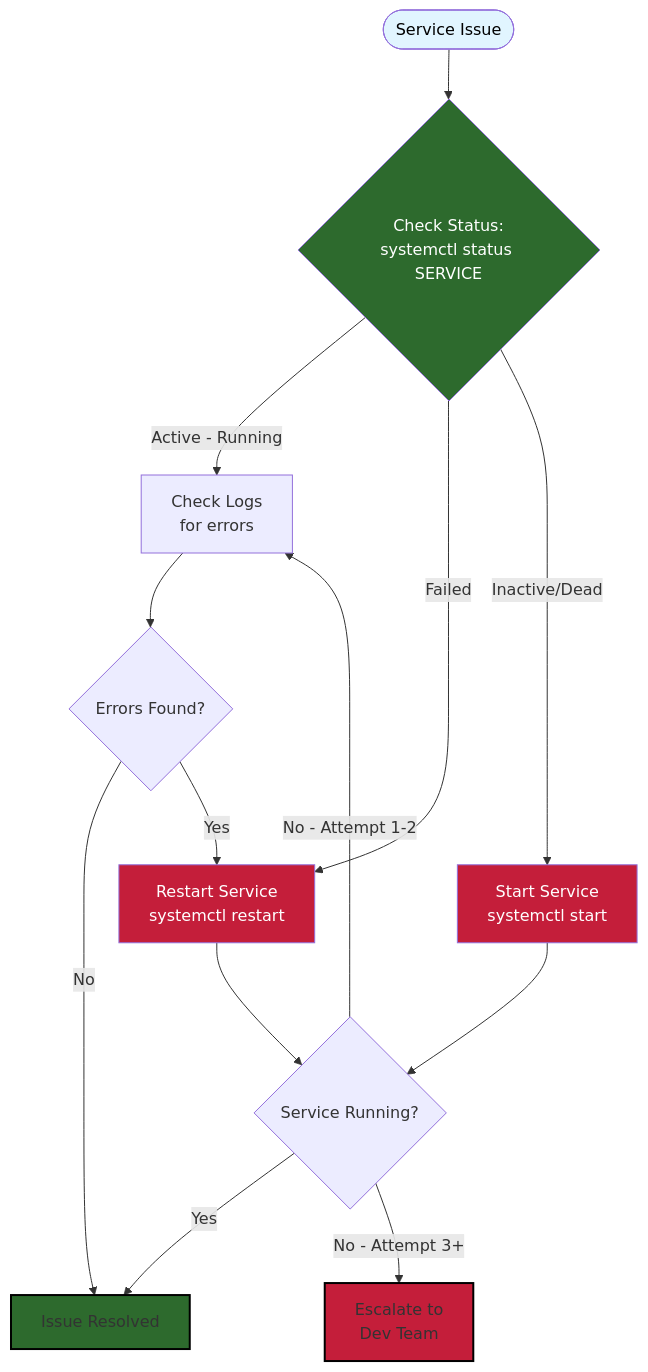
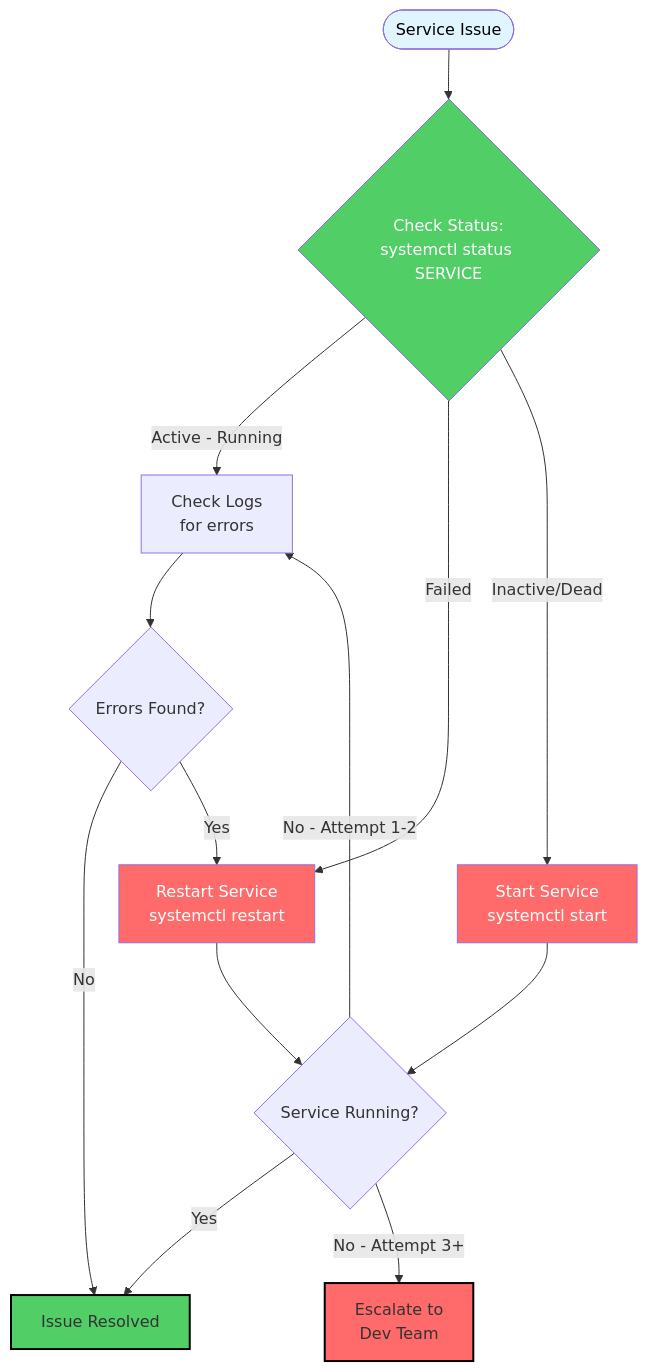
The diagram in docs/SOPs/SOP-001-vps-service-management.md (ouegy/triple-screen-docs), drawn with Mermaid before and after one commit. The commit also changed 5 other files, not shown here.

````diff
--- a/docs/SOPs/SOP-001-vps-service-management.md
+++ b/docs/SOPs/SOP-001-vps-service-management.md
@@ -43,26 +43,26 @@
 ```mermaid
 graph TD
     Start([Service Issue]) --> CheckStatus{Check Status:<br/>systemctl status SERVICE}
 
     CheckStatus -->|Active - Running| CheckLogs[Check Logs<br/>for errors]
     CheckStatus -->|Failed| RestartService[Restart Service<br/>systemctl restart]
     CheckStatus -->|Inactive/Dead| StartService[Start Service<br/>systemctl start]
 
     CheckLogs --> ErrorsFound{Errors Found?}
     ErrorsFound -->|No| Resolved[Issue Resolved]
     ErrorsFound -->|Yes| RestartService
 
     StartService --> Verify{Service Running?}
     RestartService --> Verify
 
     Verify -->|Yes| Resolved
     Verify -->|No - Attempt 1-2| CheckLogs
     Verify -->|No - Attempt 3+| Escalate[Escalate to<br/>Dev Team]
 
     style Start fill:#e1f5ff,color:#000
-    style Resolved fill:#2d6a2d,color:#fff !important,stroke:#000,stroke-width:2px
-    style Escalate fill:#c41e3a,color:#fff !important,stroke:#000,stroke-width:2px
-    style CheckStatus fill:#2d6a2d,color:#fff
-    style RestartService fill:#c41e3a,color:#fff
-    style StartService fill:#c41e3a,color:#fff
+    style Resolved fill:#51cf66,color:#fff !important,stroke:#000,stroke-width:2px
+    style Escalate fill:#ff6b6b,color:#fff !important,stroke:#000,stroke-width:2px
+    style CheckStatus fill:#51cf66,color:#fff
+    style RestartService fill:#ff6b6b,color:#fff
+    style StartService fill:#ff6b6b,color:#fff
 ```
````
